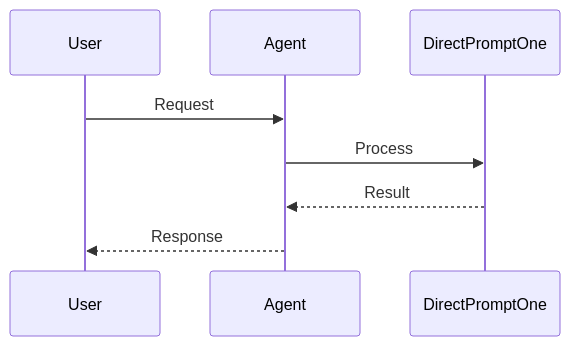
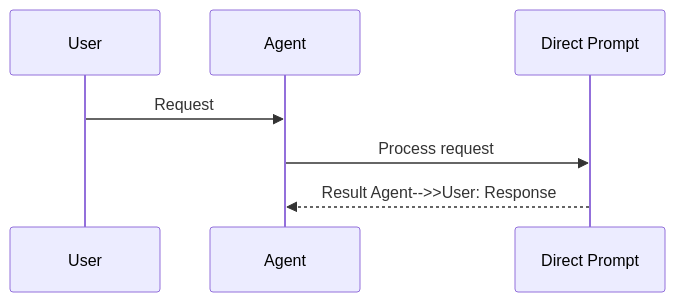
The second of 2 diagrams in docs/features/cli-direct-prompt.mdx (MervinPraison/PraisonAIDocs), drawn with Mermaid before and after one commit. The commit also changed 204 other files, not shown here.

First line of the commit message:
docs: align feature/tool pages with AGENTS.md hero + sequence + import standards (fixes #1775)

````diff
--- a/docs/features/cli-direct-prompt.mdx
+++ b/docs/features/cli-direct-prompt.mdx
@@ -50,11 +50,10 @@
 ```mermaid
 sequenceDiagram
     participant User
     participant Agent
-    participant DirectPromptOne
+    participant Feature as Direct Prompt
 
     User->>Agent: Request
-    Agent->>DirectPromptOne: Process
-    DirectPromptOne-->>Agent: Result
-    Agent-->>User: Response
+    Agent->>Feature: Process request
+    Feature-->>Agent: Result    Agent-->>User: Response
 ```
````
